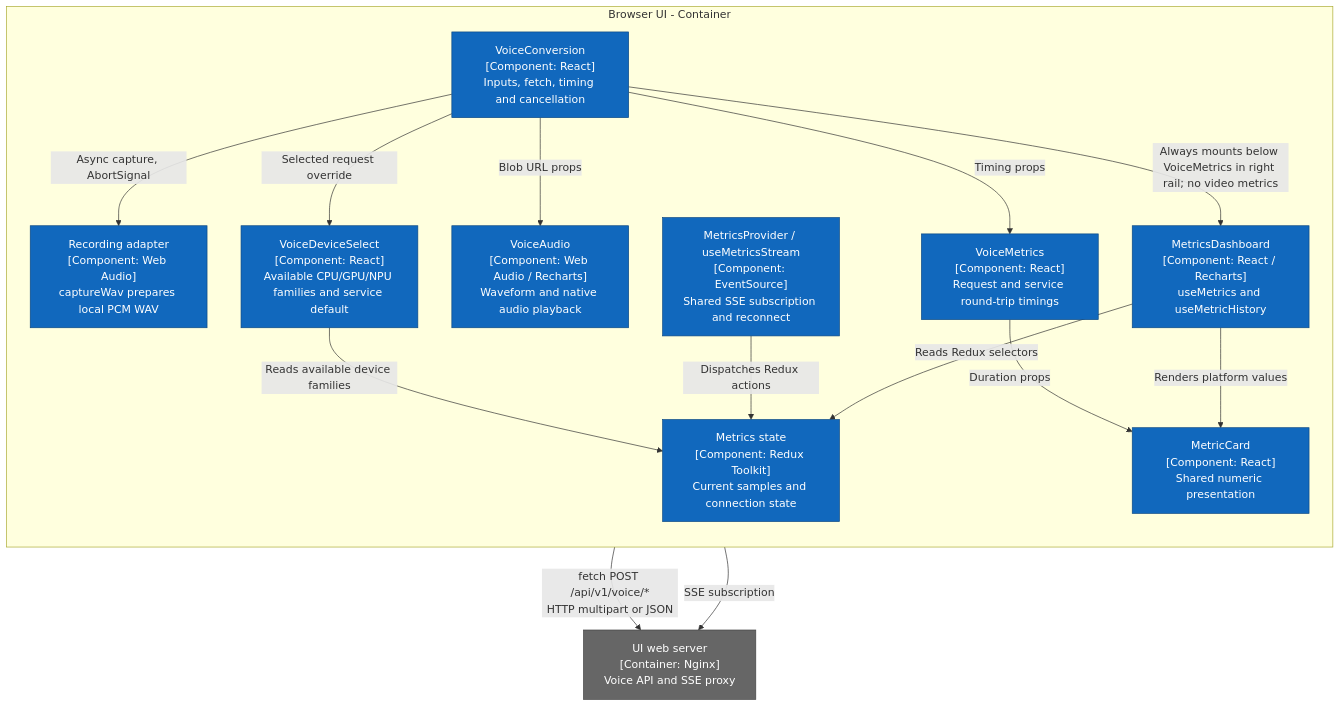
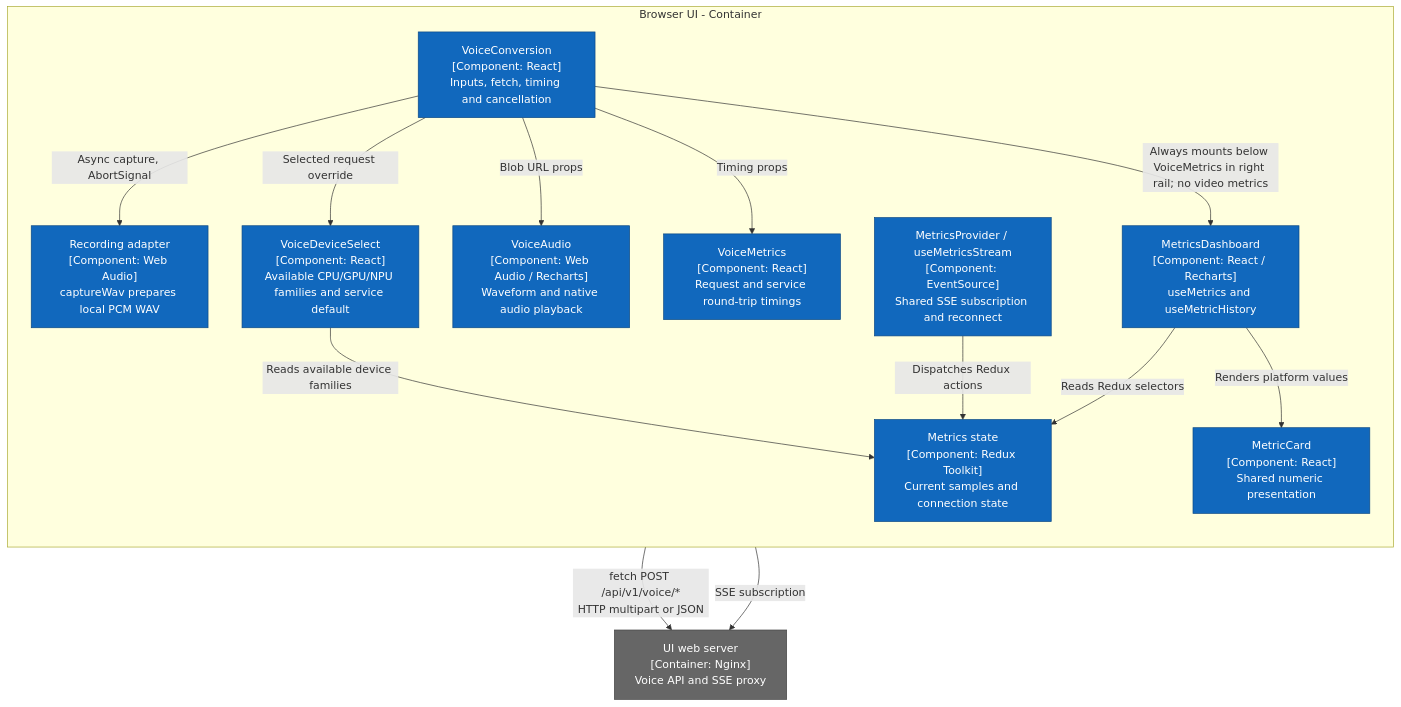
The third of 9 diagrams in tools/visual-pipeline-and-platform-evaluation-tool/docs/user-guide/developer-guide/voice-architecture.md (open-edge-platform/edge-ai-libraries), drawn with Mermaid before and after one commit. The commit also changed other lines of this file and 5 other files, not shown here.

````diff
--- a/tools/visual-pipeline-and-platform-evaluation-tool/docs/user-guide/developer-guide/voice-architecture.md
+++ b/tools/visual-pipeline-and-platform-evaluation-tool/docs/user-guide/developer-guide/voice-architecture.md
@@ -125,30 +126,29 @@
 ```mermaid
 flowchart TB
   web["UI web server<br/>[Container: Nginx]<br/>Voice API and SSE proxy"]:::external
   subgraph spa[Browser UI - Container]
     direction TB
     voice["VoiceConversion<br/>[Component: React]<br/>Inputs, fetch, timing and cancellation"]:::internal
     device["VoiceDeviceSelect<br/>[Component: React]<br/>Available CPU/GPU/NPU families and service default"]:::internal
     recorder["Recording adapter<br/>[Component: Web Audio]<br/>captureWav prepares local PCM WAV"]:::internal
     audio["VoiceAudio<br/>[Component: Web Audio / Recharts]<br/>Waveform and native audio playback"]:::internal
     timings["VoiceMetrics<br/>[Component: React]<br/>Request and service round-trip timings"]:::internal
     stream["MetricsProvider / useMetricsStream<br/>[Component: EventSource]<br/>Shared SSE subscription and reconnect"]:::internal
     store["Metrics state<br/>[Component: Redux Toolkit]<br/>Current samples and connection state"]:::internal
     dashboard["MetricsDashboard<br/>[Component: React / Recharts]<br/>useMetrics and useMetricHistory"]:::internal
     cards["MetricCard<br/>[Component: React]<br/>Shared numeric presentation"]:::internal
     voice -->|Async capture, AbortSignal| recorder
     voice -->|Selected request override| device
     device -->|Reads available device families| store
     voice -->|Blob URL props| audio
     voice -->|Timing props| timings
-    timings -->|Duration props| cards
     voice -->|Always mounts below VoiceMetrics in right rail; no video metrics| dashboard
     stream -->|Dispatches Redux actions| store
     dashboard -->|Reads Redux selectors| store
     dashboard -->|Renders platform values| cards
   end
   voice -->|"fetch POST /api/v1/voice/*<br/>HTTP multipart or JSON"| web
   stream -->|"SSE subscription"| web
   classDef internal fill:#1168bd,color:#fff,stroke:#0b4884
   classDef external fill:#666,color:#fff,stroke:#444
 ```
````
